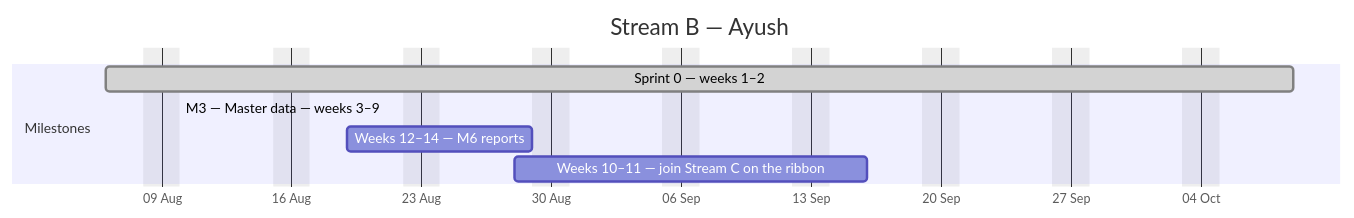
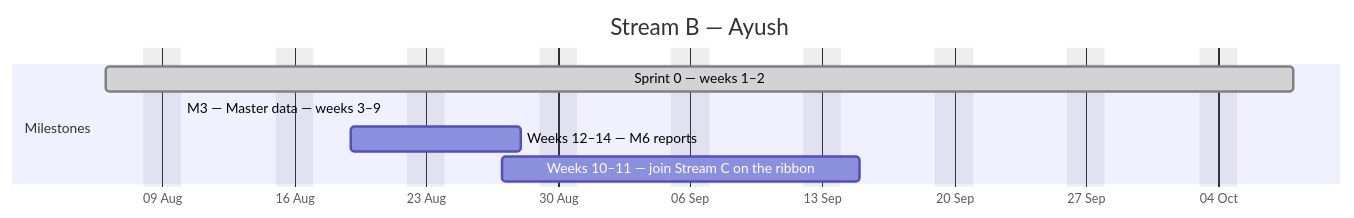
The second of 4 diagrams in docs/plan/GANTT.md (debashisedunext/EduTrack), drawn with Mermaid before and after one commit. The commit also changed other lines of this file and 3 other files, not shown here.

````diff
--- a/docs/plan/GANTT.md
+++ b/docs/plan/GANTT.md
@@ -119,12 +119,12 @@
 ```mermaid
 gantt
     dateFormat YYYY-MM-DD
     axisFormat %d %b
     title Stream B — Ayush
     excludes weekends
     section Milestones
-    Sprint 0 — weeks 1–2 :done, b0, 2026-08-06, 46d
-    M3 — Master data — weeks 3–9 :active, b1, 2026-08-10, -10d
-    Weeks 12–14 — M6 reports :b2, 2026-08-19, 8d
-    Weeks 10–11 — join Stream C on the ribbon :b3, 2026-08-28, 13d
+    Sprint 0 — weeks 1–2 :done, b0, 2026-08-06, 45d
+    M3 — Master data — weeks 3–9 :active, b1, 2026-08-10, -9d
+    Weeks 12–14 — M6 reports :b2, 2026-08-19, 7d
+    Weeks 10–11 — join Stream C on the ribbon :b3, 2026-08-27, 13d
 ```
````
